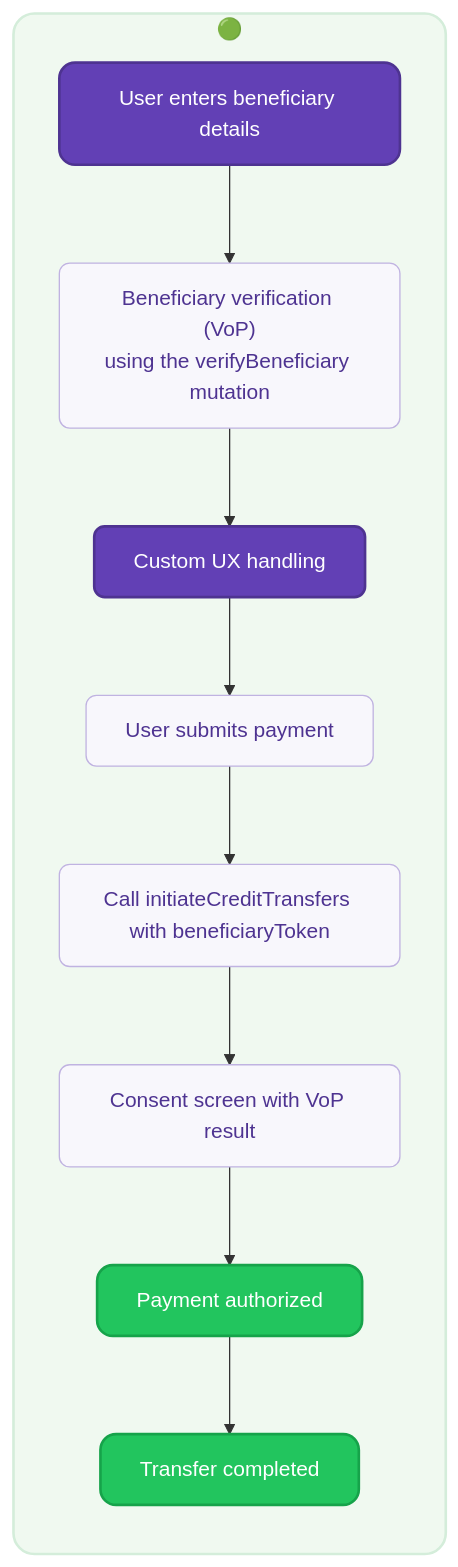
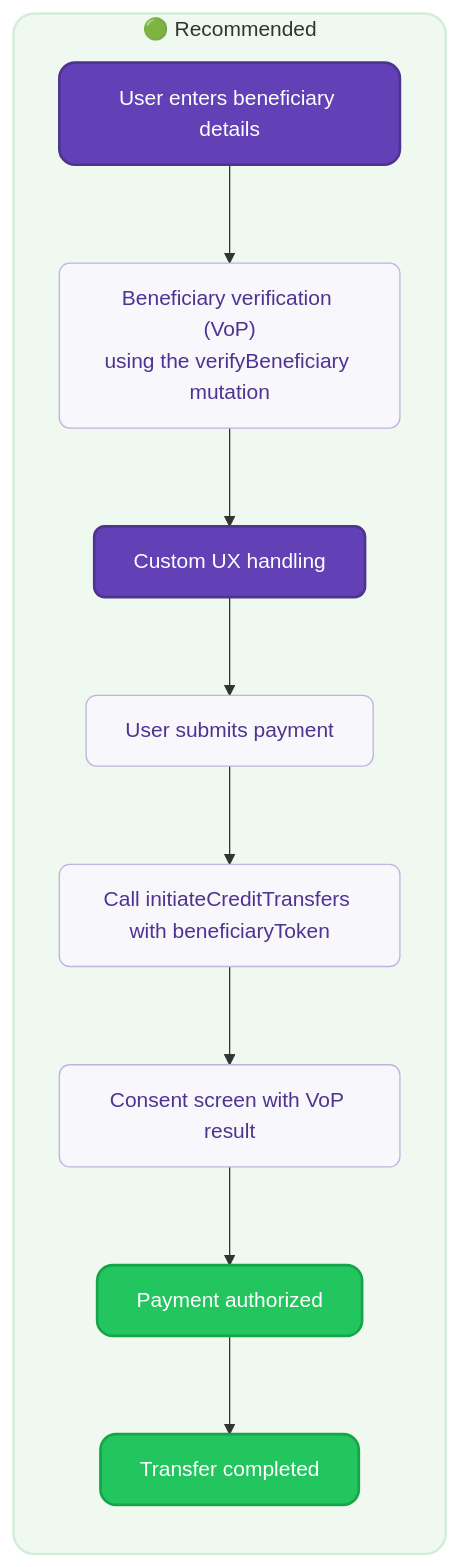
One commit to swan-io/docs changed the third of 4 diagrams in docs/preview/verification-of-payee.mdx. Above: the diagram before and after it, drawn with Mermaid. The commit also changed other lines of this file, not shown here.

````diff
--- a/docs/preview/verification-of-payee.mdx
+++ b/docs/preview/verification-of-payee.mdx
@@ -254,28 +295,28 @@
 ```mermaid
 flowchart TD
-    subgraph Option2 ["🟢"]
+    subgraph Option2 ["🟢 Recommended"]
         direction TB
         A2["User enters beneficiary details"] --> B2["Beneficiary verification (VoP)<br/>using the verifyBeneficiary mutation"]
         B2 --> C2["Custom UX handling"]
         C2 --> D2["User submits payment"]
         D2 --> E2["Call initiateCreditTransfers with beneficiaryToken"]
         E2 --> F2["Consent screen with VoP result"]
         F2 --> G2["Payment authorized"]
         G2 --> H2["Transfer completed"]
     end
     
     classDef default fill:#ffffff,stroke:#6240b5,stroke-width:1px,color:#271a48,rx:8,ry:8
     classDef input fill:#6240b5,stroke:#4e3391,stroke-width:2px,color:#ffffff,rx:12,ry:12
     classDef process fill:#f8f7fc,stroke:#c0b3e1,stroke-width:1px,color:#4e3391,rx:8,ry:8
     classDef success fill:#22c55e,stroke:#16a34a,stroke-width:2px,color:#ffffff,rx:12,ry:12
     classDef transfer fill:#22c55e,stroke:#16a34a,stroke-width:2px,color:#ffffff,rx:12,ry:12
     classDef custom fill:#6240b5,stroke:#4e3391,stroke-width:2px,color:#ffffff,rx:8,ry:8
     classDef subgraph2 fill:#f0f9f0,stroke:#d4edda,stroke-width:2px,rx:16,ry:16
     
     class A2 input
     class B2,D2,E2,F2 process
     class C2 custom
     class G2 success
     class H2 transfer
     class Option2 subgraph2
 ```
````
